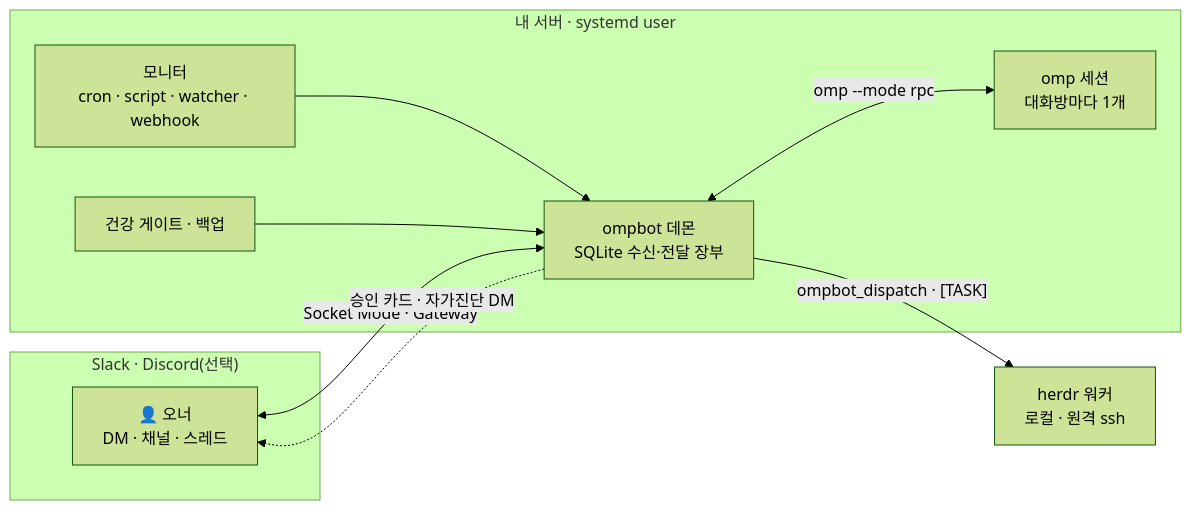
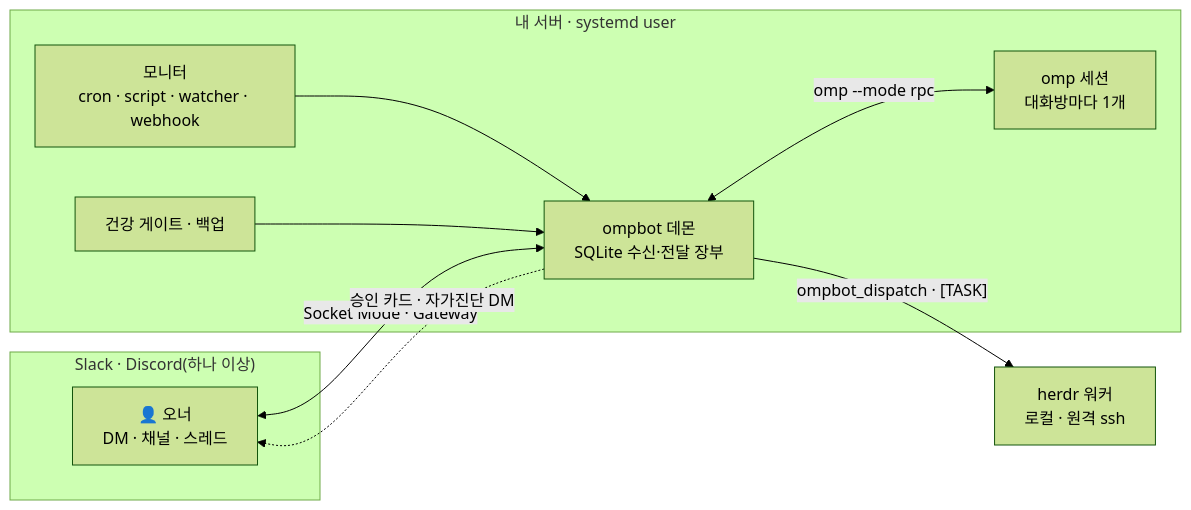
The diagram in README.md (gimso2x/ompbot), drawn with Mermaid (forest theme) before and after one commit. The commit also changed other lines of this file and 23 other files, not shown here.

````diff
--- a/README.md
+++ b/README.md
@@ -114,19 +128,19 @@
 ```mermaid
 flowchart LR
-  subgraph Chat["Slack · Discord(선택)"]
+  subgraph Chat["Slack · Discord(하나 이상)"]
     O["👤 오너<br/>DM · 채널 · 스레드"]
   end
   subgraph Host["내 서버 · systemd user"]
     D["ompbot 데몬<br/>SQLite 수신·전달 장부"]
     S["omp 세션<br/>대화방마다 1개"]
     M["모니터<br/>cron · script · watcher · webhook"]
     G["건강 게이트 · 백업"]
   end
   W["herdr 워커<br/>로컬 · 원격 ssh"]
   O <-->|"Socket Mode · Gateway"| D
   D <-->|"omp --mode rpc"| S
   M --> D
   G --> D
   D -->|"ompbot_dispatch · [TASK]"| W
   D -.->|"승인 카드 · 자가진단 DM"| O
 ```
````
